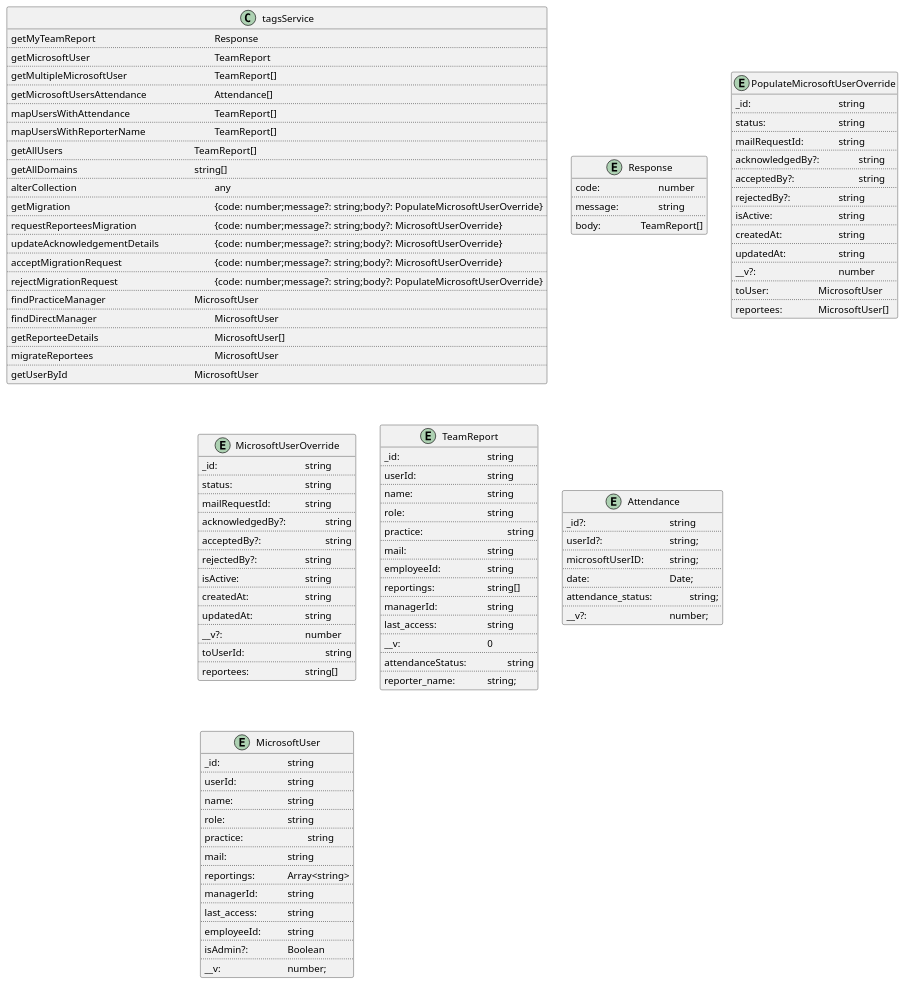
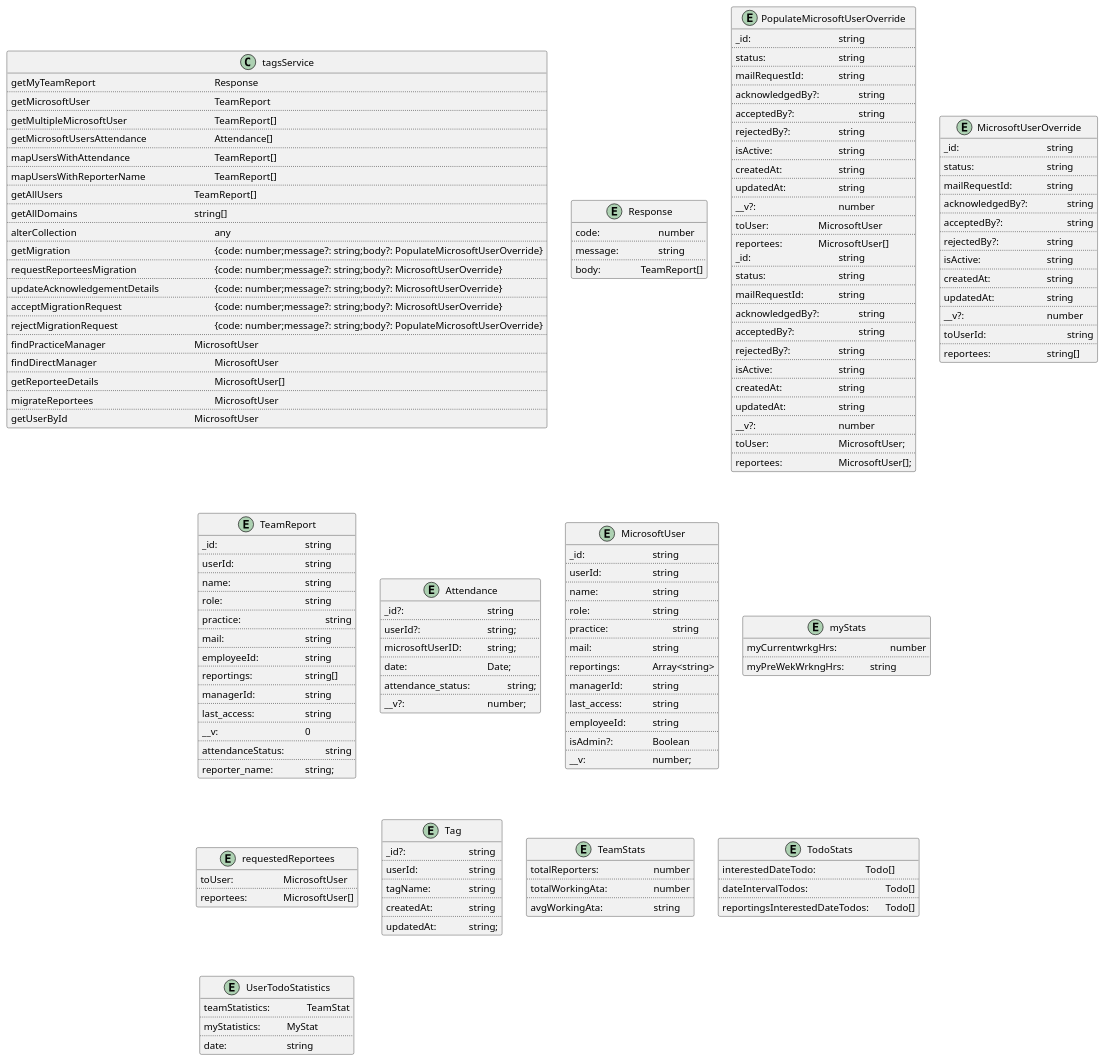
Before and after one commit to avasoft-mobility/workday-design: the diagram in backend/services_design/user_service/class_diagram/user.class.puml, drawn with PlantUML.

Commit message:
Add additional Entities in users service

```diff
--- a/backend/services_design/user_service/class_diagram/user.class.puml
+++ b/backend/services_design/user_service/class_diagram/user.class.puml
@@ -100,6 +100,32 @@
     reportees: \t\t\t string[]
 }
 
+entity PopulateMicrosoftUserOverride{
+    _id: \t\t\t\t\t string
+    ..
+    status: \t\t\t\t string
+    ..
+    mailRequestId: \t\t string
+    ..
+    acknowledgedBy?: \t\t string
+    ..
+    acceptedBy?: \t\t\t string
+    ..
+    rejectedBy?: \t\t\t string
+    ..
+    isActive: \t\t\t\t string
+    ..
+    createdAt: \t\t\t string
+    ..
+    updatedAt: \t\t\t string
+    ..
+    __v?: \t\t\t\t number
+    ..
+  toUser: \t\t\t\t MicrosoftUser;
+  ..
+  reportees: \t\t\t MicrosoftUser[];
+}
+
 entity TeamReport{
   _id: \t\t\t\t\t string
   ..
@@ -168,4 +194,52 @@
   __v: \t\t\t\t number;
 }
 
+entity myStats {
+  myCurrentwrkgHrs: \t\t\t number
+  ..
+  myPreWekWrkngHrs: \t\t string
+}
+
+entity requestedReportees {
+  toUser: \t\t\t MicrosoftUser
+  ..
+  reportees: \t\t MicrosoftUser[]
+}
+
+entity Tag {
+  _id?: \t\t\t string
+  ..
+  userId: \t\t\t string
+  ..
+  tagName: \t\t string
+  ..
+  createdAt: \t\t string
+  ..
+  updatedAt: \t\t string;
+}
+
+entity TeamStats {
+  totalReporters: \t\t\t number
+  ..
+  totalWorkingAta: \t\t\t number
+  ..
+  avgWorkingAta: \t\t\t string
+}
+
+entity TodoStats {
+  interestedDateTodo: \t\t\t Todo[]
+  ..
+  dateIntervalTodos: \t\t\t\t Todo[]
+  ..
+  reportingsInterestedDateTodos: \t Todo[]
+}
+
+entity UserTodoStatistics {
+  teamStatistics: \t\t TeamStat
+  ..
+  myStatistics: \t\t MyStat
+  ..
+  date: \t\t\t string
+}
+
 @enduml
```
